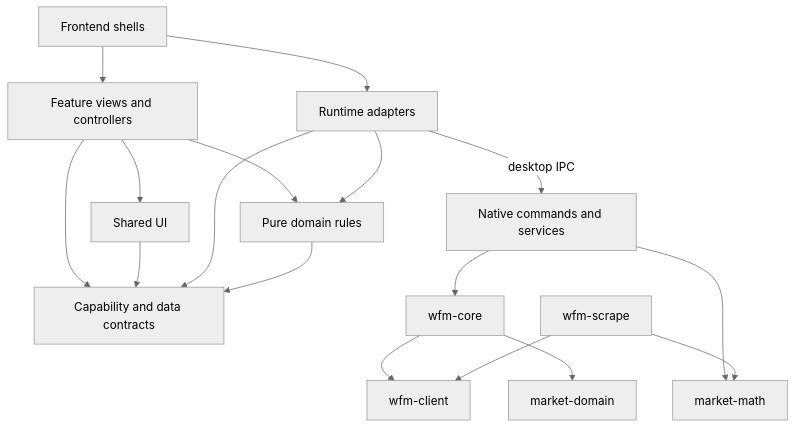
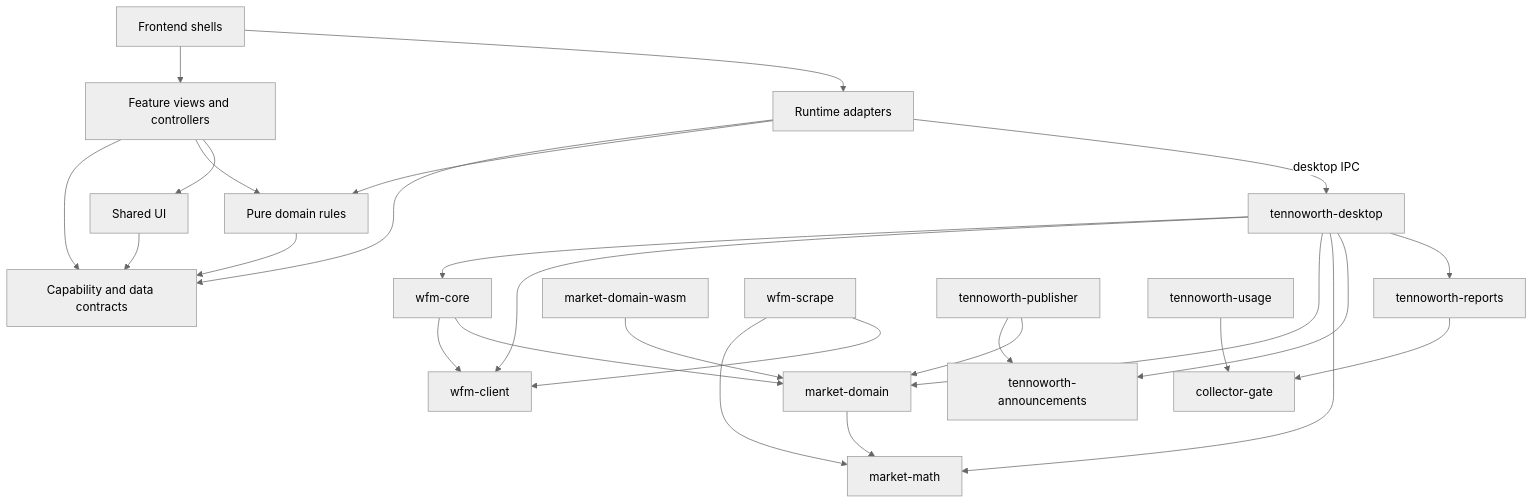
One commit to tennoworth/tennoworth changed the diagram in docs/architecture.md. Above: the diagram before and after it, drawn with Mermaid (neutral theme). The commit also changed other lines of this file and 12 other files, not shown here.

````diff
--- a/docs/architecture.md
+++ b/docs/architecture.md
@@ -155,19 +146,29 @@
 ```mermaid
 flowchart TD
   Shells[Frontend shells] --> Features[Feature views and controllers]
   Shells --> Adapters[Runtime adapters]
   Features --> Contracts[Capability and data contracts]
   Features --> Domain[Pure domain rules]
   Features --> UI[Shared UI]
   UI --> Contracts
   Adapters --> Contracts
   Adapters --> Domain
   Domain --> Contracts
-  Adapters -->|desktop IPC| Desktop[Native commands and services]
+  Adapters -->|desktop IPC| Desktop[tennoworth-desktop]
   Desktop --> Core[wfm-core]
+  Desktop --> Client[wfm-client]
+  Desktop --> Market[market-domain]
   Desktop --> Math[market-math]
-  Core --> Client[wfm-client]
-  Core --> Market[market-domain]
+  Desktop --> Feed[tennoworth-announcements]
+  Desktop --> Reports[tennoworth-reports]
+  Core --> Client
+  Core --> Market
+  Market --> Math
+  Wasm[market-domain-wasm] --> Market
   Scrape[wfm-scrape] --> Math
   Scrape --> Client
+  Publisher[tennoworth-publisher] --> Feed
+  Publisher --> Market
+  Usage[tennoworth-usage] --> Gate[collector-gate]
+  Reports --> Gate
 ```
````
